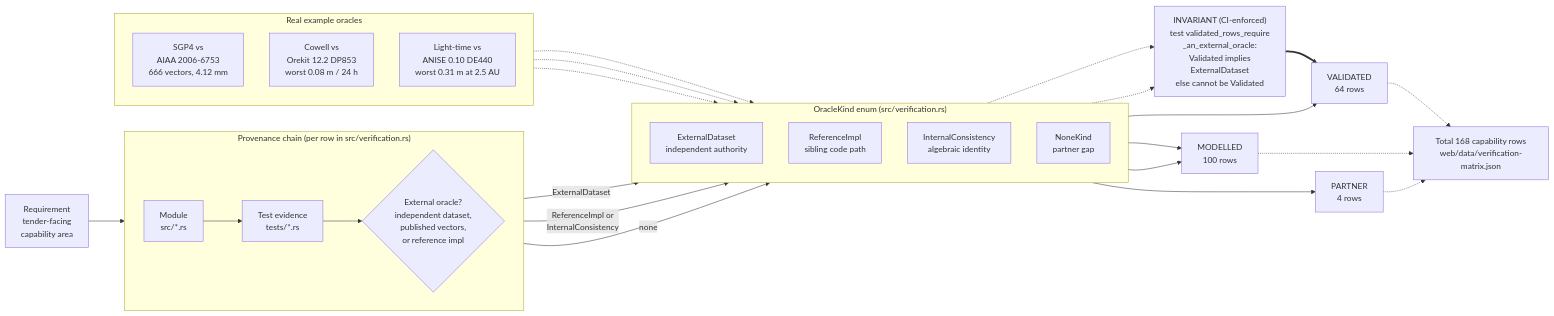
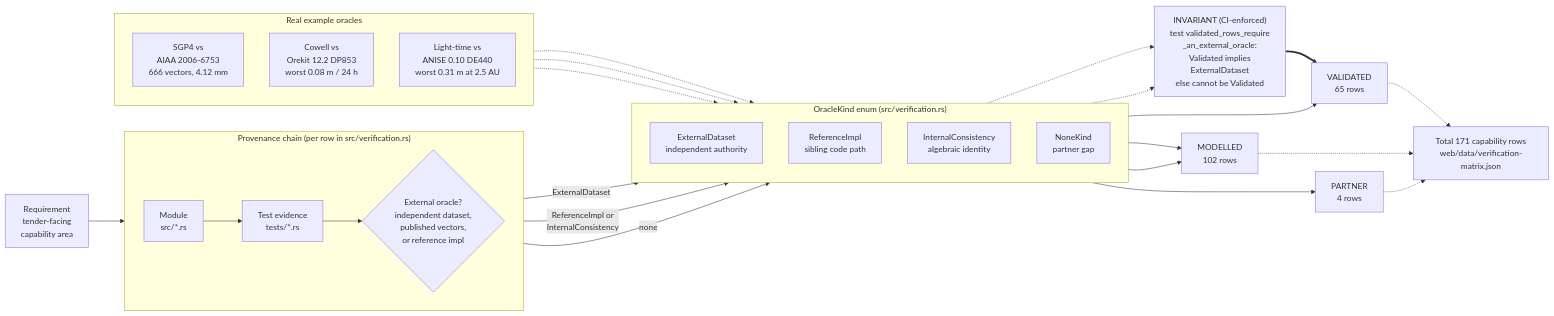
The diagram in docs/diagrams/validation-provenance.mmd (ashfordeOU/kshana), drawn with Mermaid before and after one commit. The commit also changed 48 other files, not shown here.

```diff
--- a/docs/diagrams/validation-provenance.mmd
+++ b/docs/diagrams/validation-provenance.mmd
@@ -1,49 +1,49 @@
 flowchart LR
     REQ["Requirement<br/>tender-facing<br/>capability area"]
 
     subgraph CHAIN["Provenance chain (per row in src/verification.rs)"]
         direction LR
         MOD["Module<br/>src/*.rs"]
         TST["Test evidence<br/>tests/*.rs"]
         ORA{"External oracle?<br/>independent dataset,<br/>published vectors,<br/>or reference impl"}
     end
 
     REQ --> MOD --> TST --> ORA
 
     subgraph KINDS["OracleKind enum (src/verification.rs)"]
         direction TD
         EXT["ExternalDataset<br/>independent authority"]
         REF["ReferenceImpl<br/>sibling code path"]
         INT["InternalConsistency<br/>algebraic identity"]
         NON["NoneKind<br/>partner gap"]
     end
 
     ORA -->|ExternalDataset| EXT
     ORA -->|"ReferenceImpl or<br/>InternalConsistency"| INT
     ORA -->|none| NON
 
     GUARD["INVARIANT (CI-enforced)<br/>test validated_rows_require<br/>_an_external_oracle:<br/>Validated implies<br/>ExternalDataset<br/>else cannot be Validated"]
     EXT -.-> GUARD
     INT -.-> GUARD
 
-    EXT --> VAL["VALIDATED<br/>64 rows"]
-    REF --> MDL["MODELLED<br/>100 rows"]
+    EXT --> VAL["VALIDATED<br/>65 rows"]
+    REF --> MDL["MODELLED<br/>102 rows"]
     INT --> MDL
     NON --> PRT["PARTNER<br/>4 rows"]
     GUARD ==> VAL
 
     subgraph EX["Real example oracles"]
         direction TD
         E1["SGP4 vs<br/>AIAA 2006-6753<br/>666 vectors, 4.12 mm"]
         E2["Cowell vs<br/>Orekit 12.2 DP853<br/>worst 0.08 m / 24 h"]
         E3["Light-time vs<br/>ANISE 0.10 DE440<br/>worst 0.31 m at 2.5 AU"]
     end
 
     E1 -.-> EXT
     E2 -.-> EXT
     E3 -.-> EXT
 
-    TOTAL["Total 168 capability rows<br/>web/data/verification-matrix.json"]
+    TOTAL["Total 171 capability rows<br/>web/data/verification-matrix.json"]
     VAL -.-> TOTAL
     MDL -.-> TOTAL
     PRT -.-> TOTAL
```
